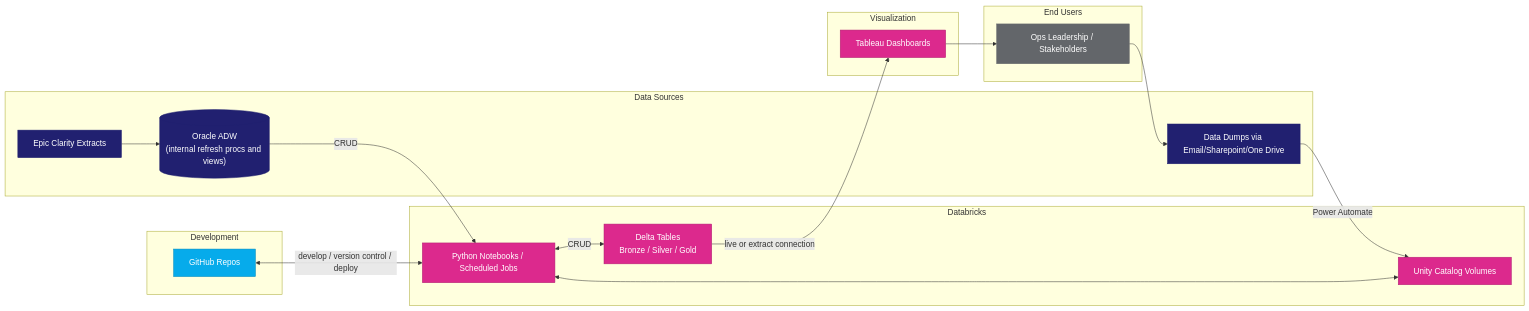
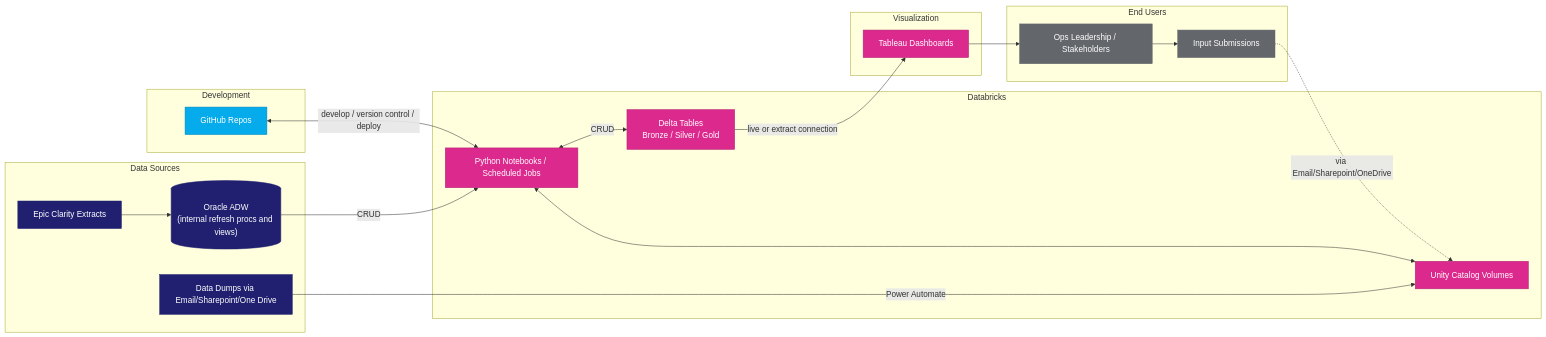
One commit to MSHS-OAO/Databricks-Tableau-User-Guide changed the second of 2 diagrams in Databricks/README.md. Above: the diagram before and after it, drawn with Mermaid.

````diff
--- a/Databricks/README.md
+++ b/Databricks/README.md
@@ -51,39 +51,41 @@
 ```mermaid
 flowchart LR
     subgraph Sources["Data Sources"]
         EPIC[Epic Clarity Extracts]
         ORA[("Oracle ADW<br>(internal refresh procs and views)")]
         EMAIL[Data Dumps via Email/Sharepoint/One Drive]
     end
     subgraph DBX["Databricks"]
         VOL[Unity Catalog Volumes]
+        JOBS[Python Notebooks / Scheduled Jobs]
         DLT[Delta Tables<br>Bronze / Silver / Gold]
-        JOBS[Python Notebooks / Scheduled Jobs]
     end
     subgraph DevOps["Development"]
         GH[GitHub Repos]
     end
     subgraph Viz["Visualization"]
         TAB[Tableau Dashboards]
     end
     subgraph Users["End Users"]
         USR[Ops Leadership / Stakeholders]
+        INP[Input Submissions]
     end
     EPIC --> ORA
     EMAIL -->|Power Automate| VOL
     ORA -->|CRUD| JOBS
     VOL <--> JOBS
     JOBS <-->|CRUD| DLT
     GH <-->|develop / version control / deploy| JOBS
     DLT -->|live or extract connection| TAB
     TAB --> USR
-    USR --> EMAIL
+    USR --> INP
+    INP -.->|via Email/Sharepoint/OneDrive| VOL
     classDef navy fill:#212070,stroke:#212070,color:#ffffff
     classDef cyan fill:#06ABEB,stroke:#0689BC,color:#ffffff
     classDef magenta fill:#DC298D,stroke:#B02171,color:#ffffff
     classDef gray fill:#63666A,stroke:#63666A,color:#ffffff
     class EPIC,ORA,EMAIL navy
     class GH cyan
     class VOL,DLT,JOBS,TAB magenta
-    class USR gray
+    class USR,INP gray
 ```
````
